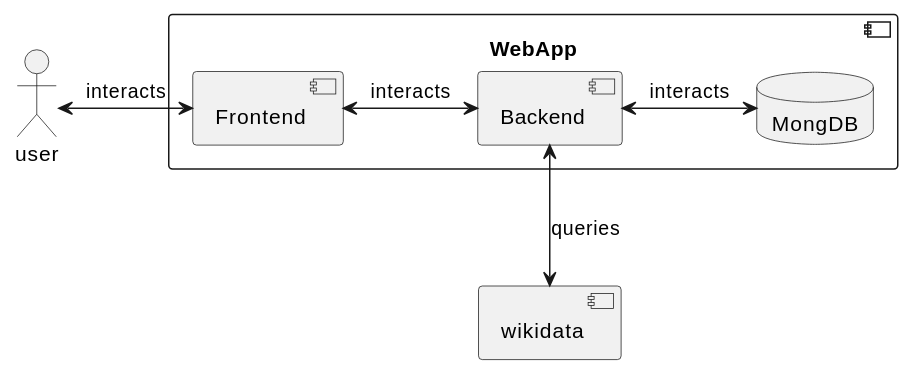
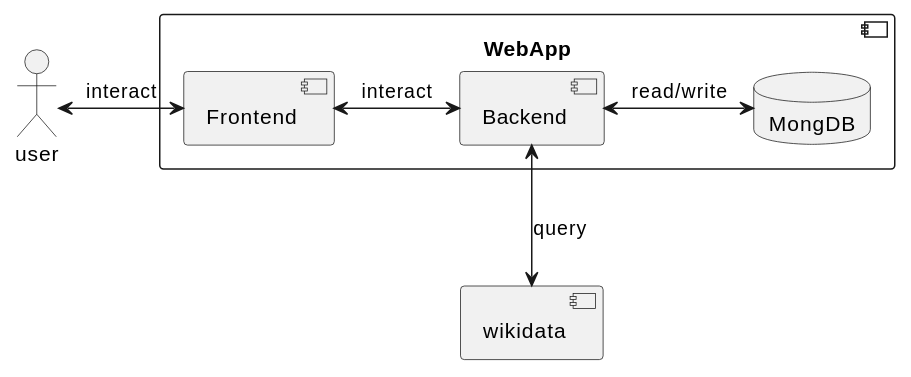
The second of 3 diagrams in docs/src/05_building_block_view.adoc (angelalvaigle/wiq_uo17919), drawn with PlantUML before and after one commit. The commit also changed other lines of this file and 16 other files, not shown here.

```diff
--- a/docs/src/05_building_block_view.adoc
+++ b/docs/src/05_building_block_view.adoc
@@ -29,17 +29,17 @@
-[plantuml, "level-1", svg]
+[plantuml, "level_1", svg]
 ----
-actor user
+actor user as "user"
 
-Component web as "WebApp" {  
-  Component front as "Frontend"
-  Component back as "Backend"
-  Database mongo as "MongDB"      
+component web as "WebApp" {  
+  component front as "Frontend"
+  component back as "Backend"
+  database mongo as "MongDB"      
 }
 
-Component wikidata
+Component wikidata as "wikidata"
 
-user <-right-> front: interacts
-front <-right-> back: interacts
-back <-right-> mongo: interacts
-back <-down-> wikidata: queries
+user <-right-> front: interact
+front <-right-> back: interact
+back <-right-> mongo: read/write
+back <-down-> wikidata: query
 ----
```
